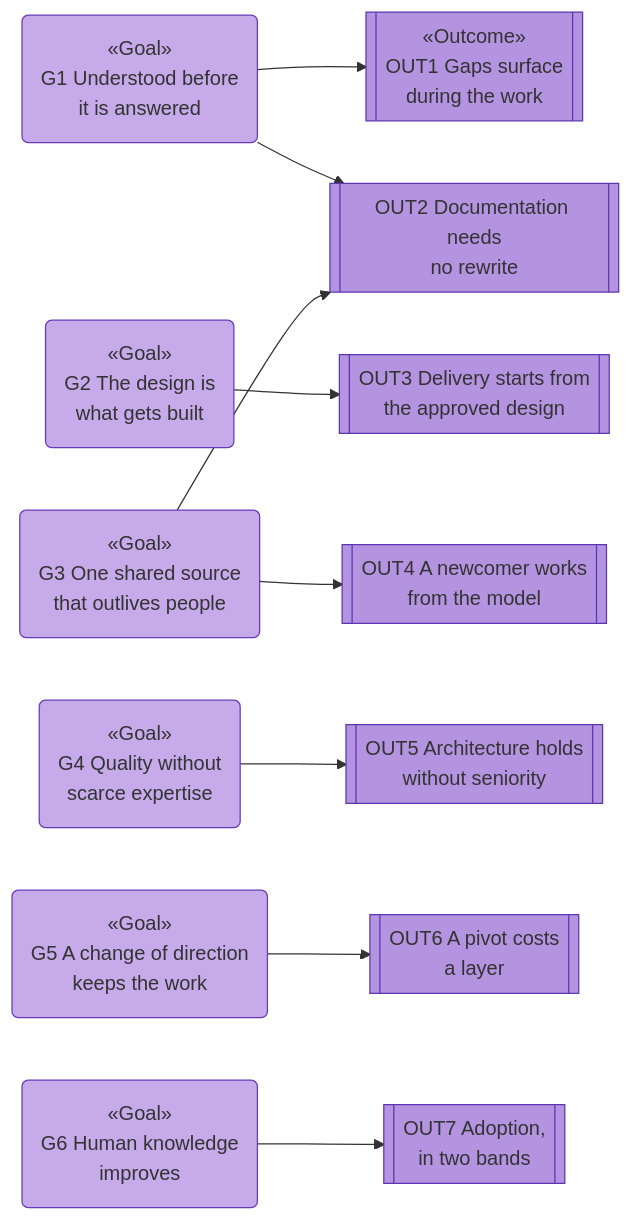
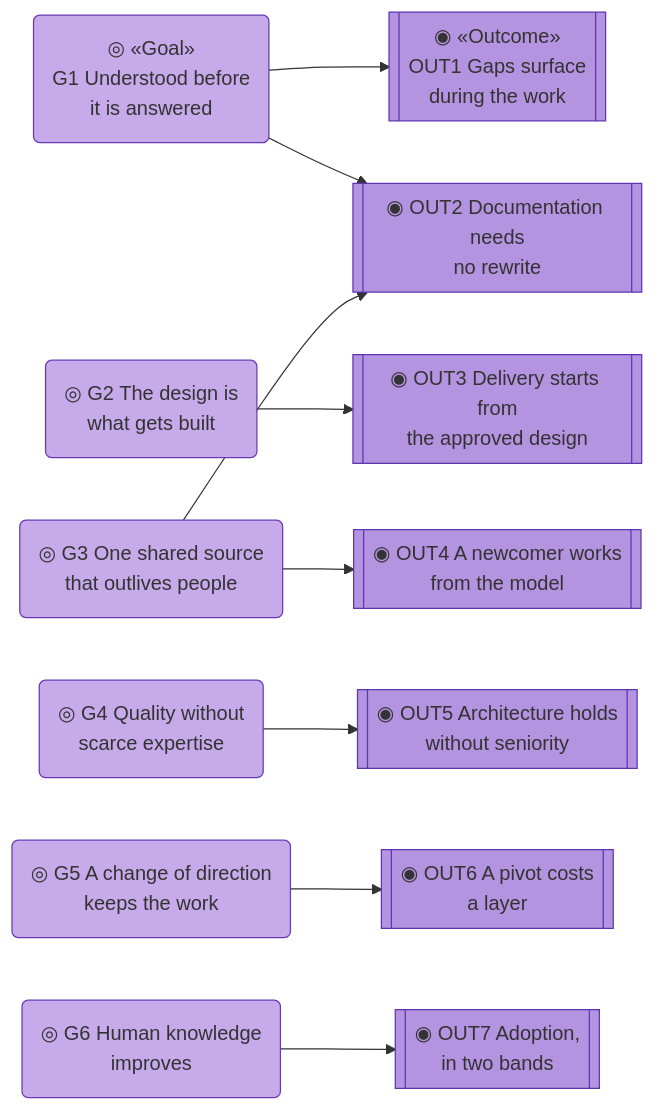
Before and after one commit to roanboc/architecture-archreator: the fifth of 7 diagrams in organization/docs/ea/1_strategy/1_motivation.md, drawn with Mermaid. The commit also changed other lines of this file and 7 other files, not shown here.

First line of the commit message:
docs: glyph notation, two-level capabilities, and the business layer redrawn

````diff
--- a/organization/docs/ea/1_strategy/1_motivation.md
+++ b/organization/docs/ea/1_strategy/1_motivation.md
@@ -217,29 +224,29 @@
 ```mermaid
 flowchart LR
-  g1("«Goal»<br>G1 Understood before<br>it is answered"):::goal
-  g2("«Goal»<br>G2 The design is<br>what gets built"):::goal
-  g3("«Goal»<br>G3 One shared source<br>that outlives people"):::goal
-  g4("«Goal»<br>G4 Quality without<br>scarce expertise"):::goal
-  g5("«Goal»<br>G5 A change of direction<br>keeps the work"):::goal
-  g6("«Goal»<br>G6 Human knowledge<br>improves"):::goal
+  g1("◎ «Goal»<br>G1 Understood before<br>it is answered"):::goal
+  g2("◎ G2 The design is<br>what gets built"):::goal
+  g3("◎ G3 One shared source<br>that outlives people"):::goal
+  g4("◎ G4 Quality without<br>scarce expertise"):::goal
+  g5("◎ G5 A change of direction<br>keeps the work"):::goal
+  g6("◎ G6 Human knowledge<br>improves"):::goal
 
-  out1[["«Outcome»<br>OUT1 Gaps surface<br>during the work"]]:::outcome
-  out2[["OUT2 Documentation needs<br>no rewrite"]]:::outcome
-  out3[["OUT3 Delivery starts from<br>the approved design"]]:::outcome
-  out4[["OUT4 A newcomer works<br>from the model"]]:::outcome
-  out5[["OUT5 Architecture holds<br>without seniority"]]:::outcome
-  out6[["OUT6 A pivot costs<br>a layer"]]:::outcome
-  out7[["OUT7 Adoption,<br>in two bands"]]:::outcome
+  out1[["◉ «Outcome»<br>OUT1 Gaps surface<br>during the work"]]:::outcome
+  out2[["◉ OUT2 Documentation needs<br>no rewrite"]]:::outcome
+  out3[["◉ OUT3 Delivery starts from<br>the approved design"]]:::outcome
+  out4[["◉ OUT4 A newcomer works<br>from the model"]]:::outcome
+  out5[["◉ OUT5 Architecture holds<br>without seniority"]]:::outcome
+  out6[["◉ OUT6 A pivot costs<br>a layer"]]:::outcome
+  out7[["◉ OUT7 Adoption,<br>in two bands"]]:::outcome
 
   g1 --> out1
   g1 --> out2
   g3 --> out2
   g2 --> out3
   g3 --> out4
   g4 --> out5
   g5 --> out6
   g6 --> out7
 
   classDef goal fill:#c6aae9,stroke:#673ab7,color:#333
   classDef outcome fill:#b493e0,stroke:#5e35b1,color:#333
 ```
````
